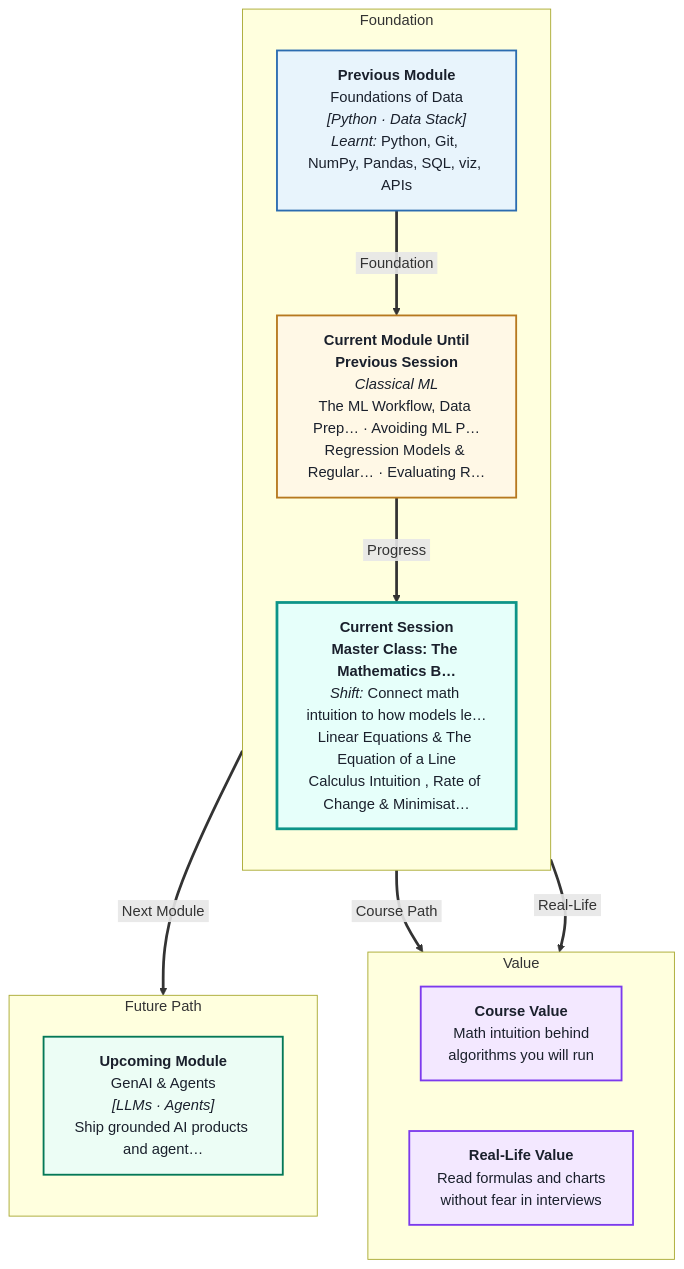
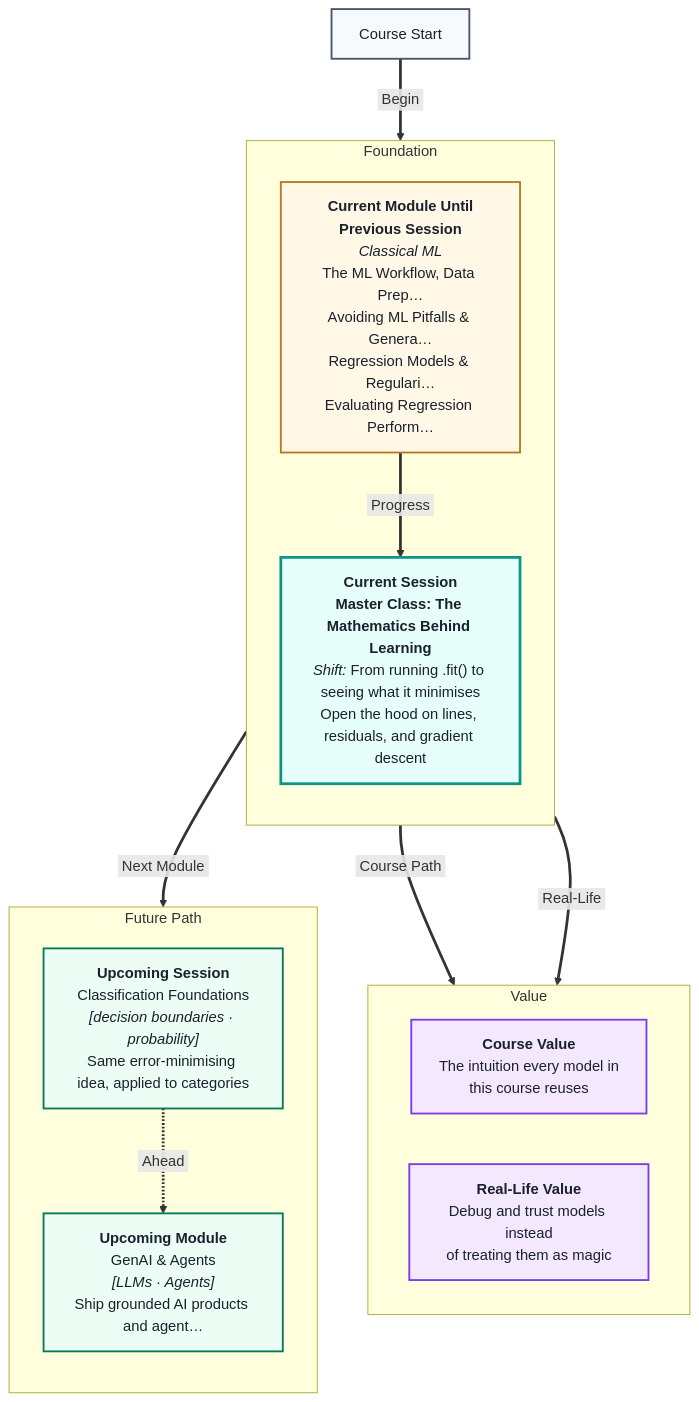
One commit to ritzrmx/Masai_Curriculum changed the diagram in IITP_AIML_Regional/IITP-AIMLTN-2605/Module 2- Classical ML/Session 5- Master Class- The Mathematics Behind Learning- Lines, Curves & Errors/mental Map: Master Class: The Mathematics Behind Learning: Lines, Curves & Errors.md. Above: the diagram before and after it, drawn with Mermaid. The commit also changed 47 other files, not shown here.

First line of the commit message:
Regenerate Module 2 (Classical ML) lecture scripts, mental maps & coding problems

````diff
--- a/IITP_AIML_Regional/IITP-AIMLTN-2605/Module 2- Classical ML/Session 5- Master Class- The Mathematics Behind Learning- Lines, Curves & Errors/mental Map: Master Class: The Mathematics Behind Learning: Lines, Curves & Errors.md
+++ b/IITP_AIML_Regional/IITP-AIMLTN-2605/Module 2- Classical ML/Session 5- Master Class- The Mathematics Behind Learning- Lines, Curves & Errors/mental Map: Master Class: The Mathematics Behind Learning: Lines, Curves & Errors.md
@@ -1,41 +1,42 @@
 ```mermaid
 %%{init: {'flowchart': {'nodeSpacing': 55, 'rankSpacing': 65, 'diagramPadding': 24}}}%%
 flowchart TB
 linkStyle default stroke-width:3px
 
 subgraph foundation[" Foundation "]
 direction TB
-    P0["<b>Previous Module</b><br/>Foundations of Data<br/><i>[Python · Data Stack]</i><br/><i>Learnt:</i> Python, Git, NumPy, Pandas, SQL, viz, APIs"]
-    CURMOD["<b>Current Module Until<br/>Previous Session</b><br/><i>Classical ML</i><br/>The ML Workflow, Data Prep… · Avoiding ML P…<br/>Regression Models & Regular… · Evaluating R…"]
-    CURSES["<b>Current Session</b><br/><b>Master Class: The Mathematics B…</b><br/><i>Shift:</i> Connect math intuition to how models le…<br/>Linear Equations & The Equation of a Line<br/>Calculus Intuition , Rate of Change & Minimisat…"]
+    CURMOD["<b>Current Module Until<br/>Previous Session</b><br/><i>Classical ML</i><br/>The ML Workflow, Data Prep…<br/>Avoiding ML Pitfalls & Genera…<br/>Regression Models & Regulari…<br/>Evaluating Regression Perform…"]
+    CURSES["<b>Current Session</b><br/><b>Master Class: The Mathematics Behind Learning</b><br/><i>Shift:</i> From running .fit() to seeing what it minimises<br/>Open the hood on lines, residuals, and gradient descent"]
 end
 
 subgraph value[" Value "]
 direction LR
-    CVAL["<b>Course Value</b><br/>Math intuition behind<br/>algorithms you will run"]
-    RVAL["<b>Real-Life Value</b><br/>Read formulas and charts<br/>without fear in interviews"]
+    CVAL["<b>Course Value</b><br/>The intuition every model in<br/>this course reuses"]
+    RVAL["<b>Real-Life Value</b><br/>Debug and trust models instead<br/>of treating them as magic"]
 end
 
 subgraph future[" Future Path "]
 direction TB
-    U0["<b>Upcoming Module</b><br/>GenAI & Agents<br/><i>[LLMs · Agents]</i><br/>Ship grounded AI products and agent…"]
+    U0["<b>Upcoming Session</b><br/>Classification Foundations<br/><i>[decision boundaries · probability]</i><br/>Same error-minimising idea, applied to categories"]
+    U1["<b>Upcoming Module</b><br/>GenAI & Agents<br/><i>[LLMs · Agents]</i><br/>Ship grounded AI products and agent…"]
 end
 
-P0 ==>|&nbsp;Foundation&nbsp;| CURMOD
+START["Course Start"] ==>|&nbsp;Begin&nbsp;| CURMOD
 CURMOD ==>|&nbsp;Progress&nbsp;| CURSES
 CURSES ==>|&nbsp;Course Path&nbsp;| CVAL
 CURSES ==>|&nbsp;Real-Life&nbsp;| RVAL
 CURSES ==>|&nbsp;Next Module&nbsp;| U0
+U0 -.->|&nbsp;Ahead&nbsp;| U1
 
 classDef prevBox fill:#E8F4FC,stroke:#2B6CB0,stroke-width:2px,color:#1A202C
 classDef curModBox fill:#FFF8E6,stroke:#B7791F,stroke-width:2px,color:#1A202C
 classDef curSessBox fill:#E6FFFA,stroke:#0D9488,stroke-width:3px,color:#1A202C
 classDef valueBox fill:#F3E8FF,stroke:#7C3AED,stroke-width:2px,color:#1A202C
 classDef futureBox fill:#ECFDF5,stroke:#047857,stroke-width:2px,color:#1A202C
 classDef startBox fill:#F7FAFC,stroke:#4A5568,stroke-width:2px,color:#1A202C
-class P0 prevBox
+class START startBox
 class CURMOD curModBox
 class CURSES curSessBox
 class CVAL,RVAL valueBox
-class U0 futureBox
+class U0,U1 futureBox
 ```
````
